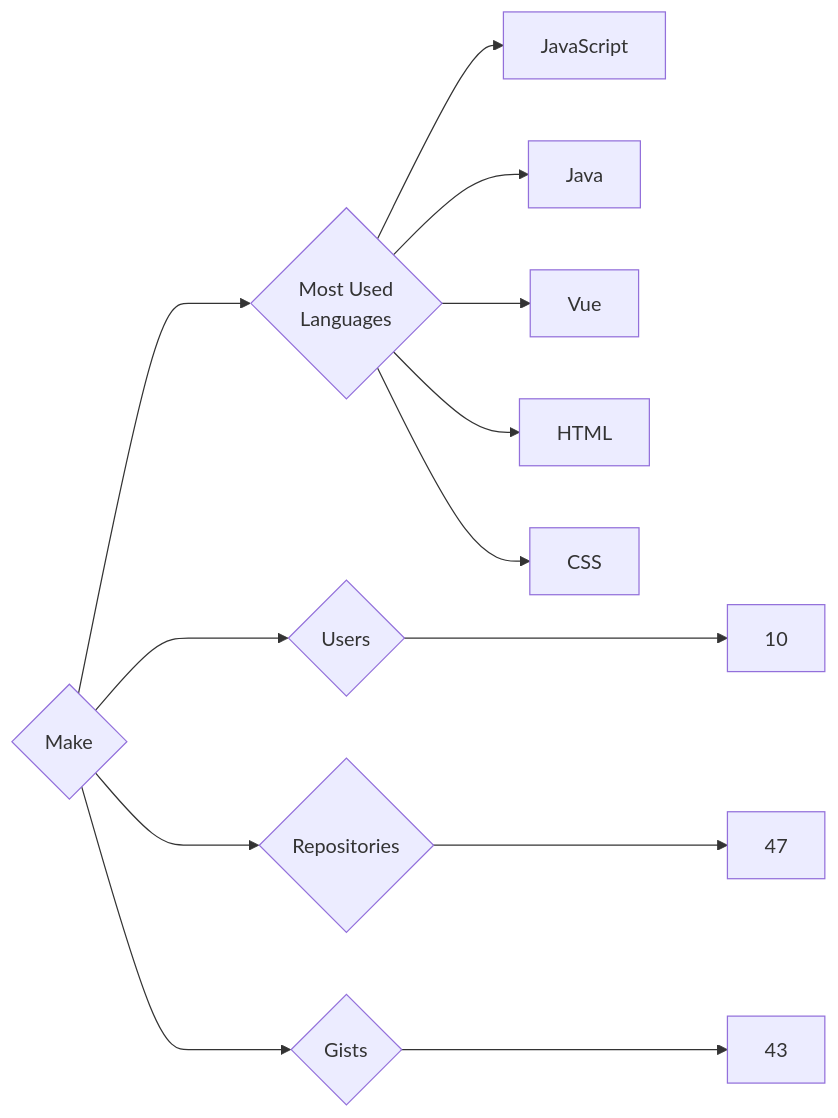
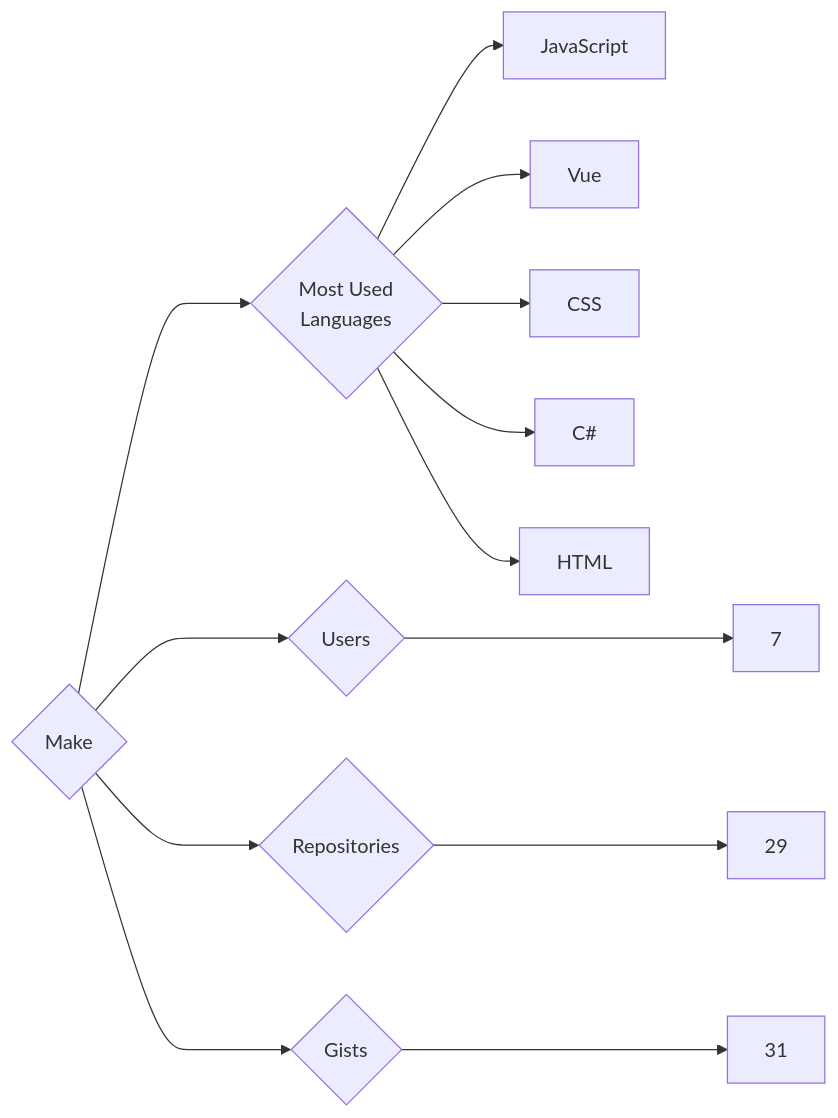
Before and after one commit to trickest/insiders: the diagram in targets/Make/README.md, drawn with Mermaid. The commit also changed 1484 other files, not shown here.

````diff
--- a/targets/Make/README.md
+++ b/targets/Make/README.md
@@ -3,13 +3,13 @@
 ```mermaid
 graph LR
 COMPANY_NAME{Make}
-COMPANY_NAME ---> U{Users} ---> UN[10]
-COMPANY_NAME ---> R{Repositories} ---> RN[47]
-COMPANY_NAME ---> G{Gists} ---> GN[43]
+COMPANY_NAME ---> U{Users} ---> UN[7]
+COMPANY_NAME ---> R{Repositories} ---> RN[29]
+COMPANY_NAME ---> G{Gists} ---> GN[31]
 COMPANY_NAME ---> ML{Most Used<br>Languages}
 ML --> JavaScript[JavaScript]
-ML --> Java[Java]
 ML --> Vue[Vue]
+ML --> CSS[CSS]
+ML --> C#[C#]
 ML --> HTML[HTML]
-ML --> CSS[CSS]
 ```
````
